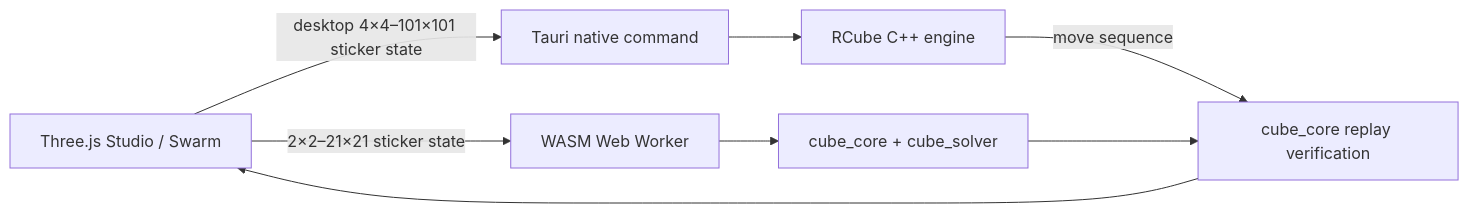
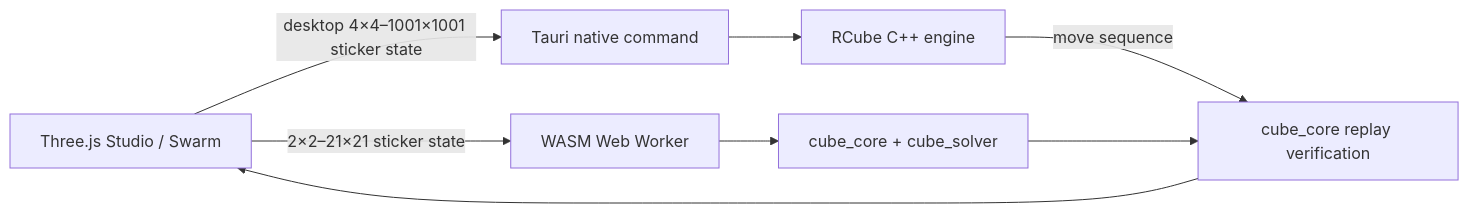
One commit to evaarnas/Solvaus-hybridi changed the diagram in README.md. Above: the diagram before and after it, drawn with Mermaid. The commit also changed other lines of this file and 2 other files, not shown here.

````diff
--- a/README.md
+++ b/README.md
@@ -145,10 +148,10 @@
 ```mermaid
 flowchart LR
     UI[Three.js Studio / Swarm] -->|2×2–21×21 sticker state| Worker[WASM Web Worker]
-    UI -->|desktop 4×4–101×101 sticker state| Tauri[Tauri native command]
+    UI -->|desktop 4×4–1001×1001 sticker state| Tauri[Tauri native command]
     Worker --> Core[cube_core + cube_solver]
     Tauri --> RCube[RCube C++ engine]
     RCube -->|move sequence| Verify[cube_core replay verification]
     Core --> Verify
     Verify --> UI
 ```
````
